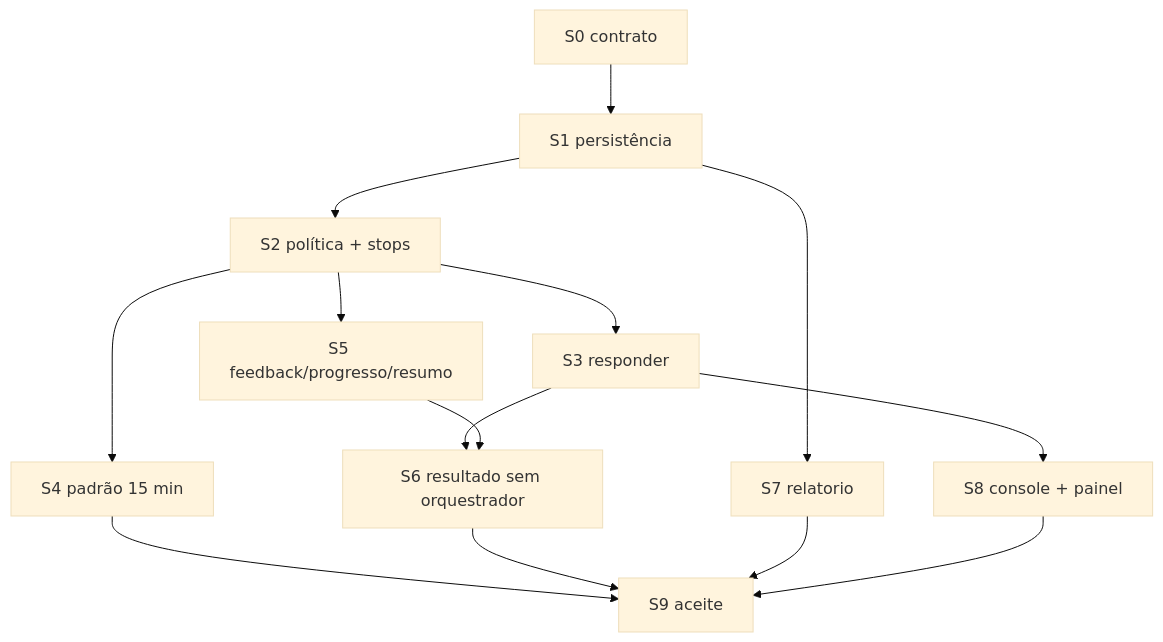
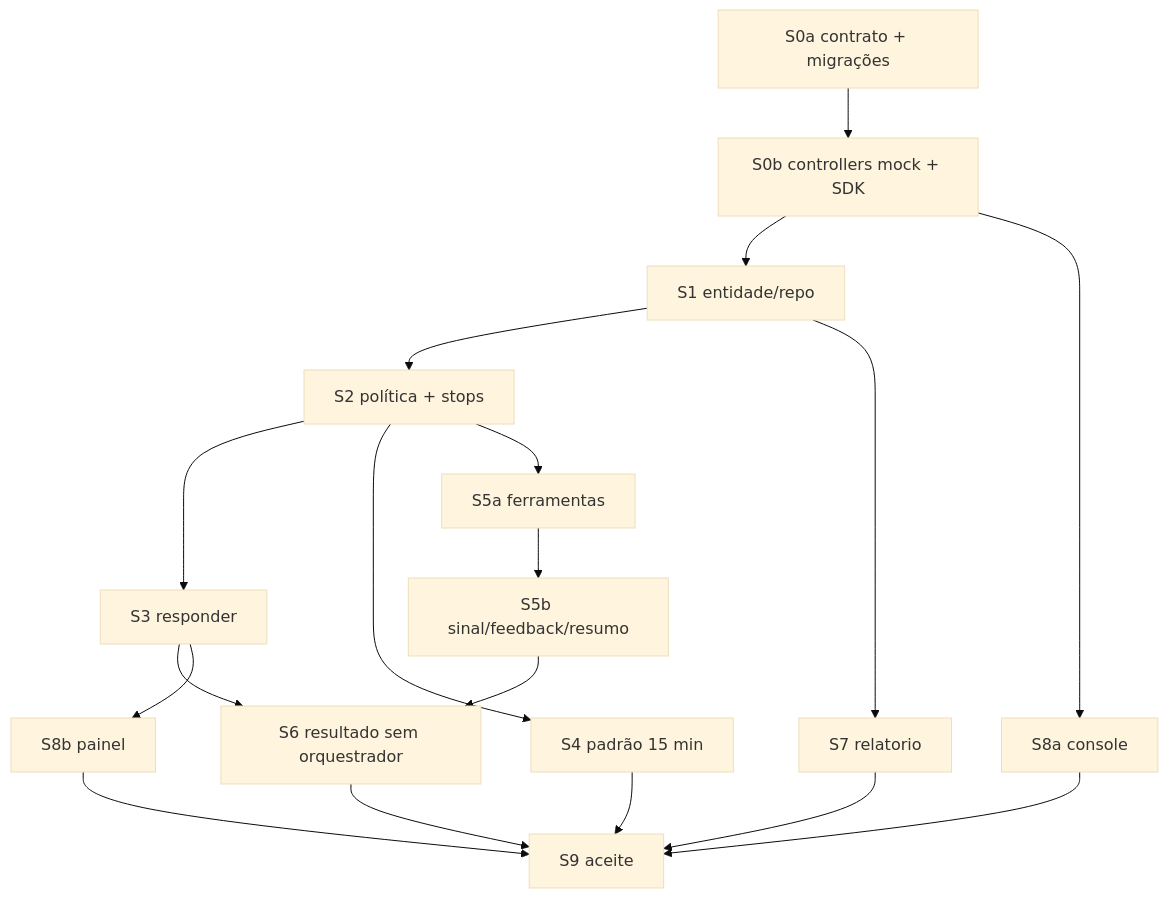
One commit to gabriellst/codm changed the diagram in .plans/2026-11-17-fase-3-emagrecer.md. Above: the diagram before and after it, drawn with Mermaid (base theme). The commit also changed other lines of this file and 1 other file, not shown here.

````diff
--- a/.plans/2026-11-17-fase-3-emagrecer.md
+++ b/.plans/2026-11-17-fase-3-emagrecer.md
@@ -38,16 +54,20 @@
 ```mermaid
 graph TD
-  S0[S0 contrato] --> S1[S1 persistência]
+  S0a[S0a contrato + migrações] --> S0b[S0b controllers mock + SDK]
+  S0b --> S1[S1 entidade/repo]
+  S0b --> S8a[S8a console]
   S1 --> S2[S2 política + stops]
   S1 --> S7[S7 relatorio]
   S2 --> S3[S3 responder]
   S2 --> S4[S4 padrão 15 min]
-  S2 --> S5[S5 feedback/progresso/resumo]
+  S2 --> S5a[S5a ferramentas]
+  S5a --> S5b[S5b sinal/feedback/resumo]
   S3 --> S6[S6 resultado sem orquestrador]
-  S5 --> S6
-  S3 --> S8[S8 console + painel]
+  S5b --> S6
+  S3 --> S8b[S8b painel]
   S4 --> S9[S9 aceite]
   S6 --> S9
   S7 --> S9
-  S8 --> S9
+  S8a --> S9
+  S8b --> S9
 ```
````
